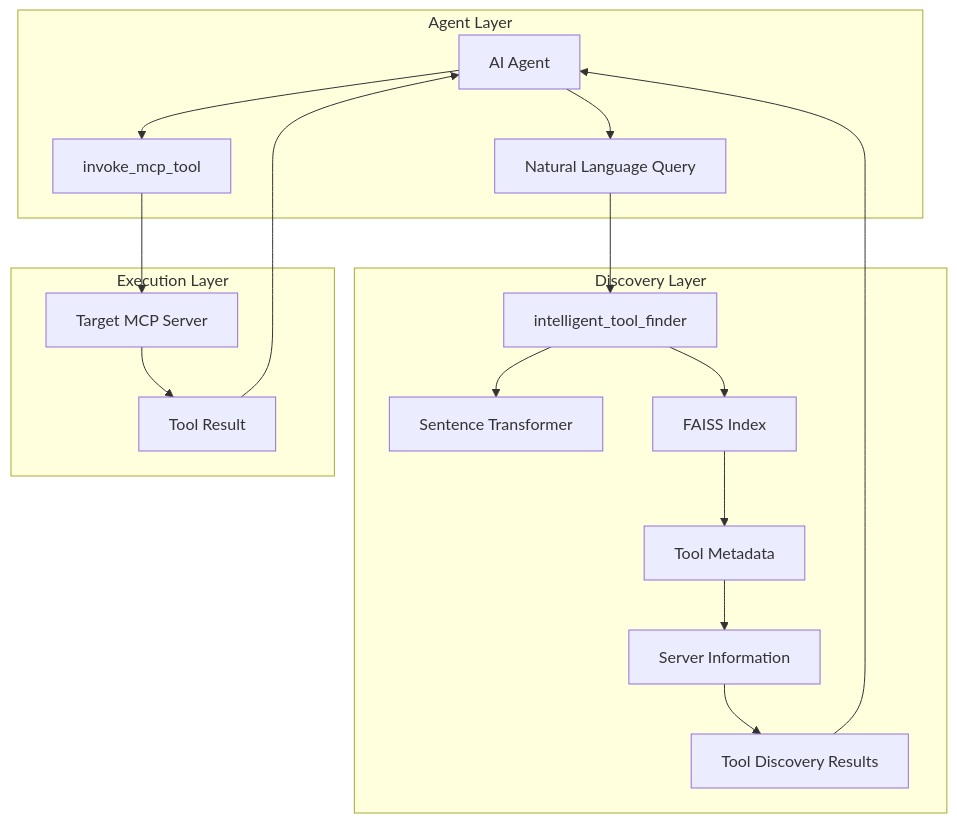
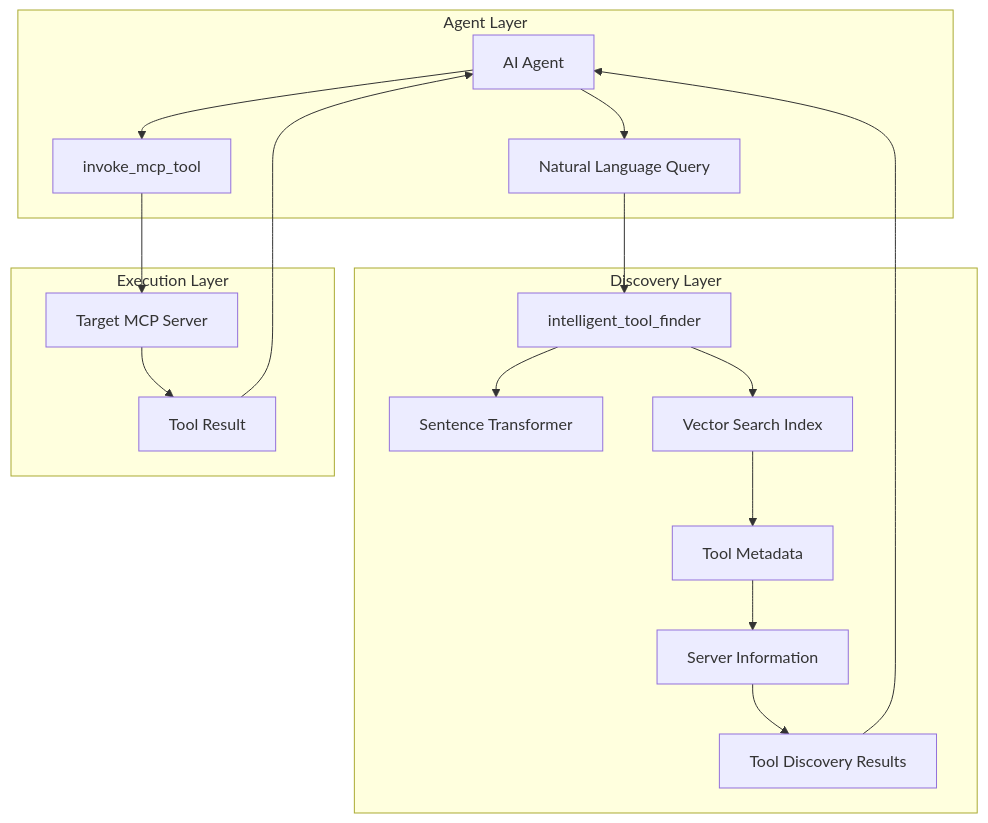
The diagram in docs/dynamic-tool-discovery.md (agentic-community/mcp-gateway-registry), drawn with Mermaid before and after one commit. The commit also changed other lines of this file and 108 other files, not shown here.

````diff
--- a/docs/dynamic-tool-discovery.md
+++ b/docs/dynamic-tool-discovery.md
@@ -112,23 +112,23 @@
 ```mermaid
 graph TB
     subgraph "Agent Layer"
         A[AI Agent] --> B[Natural Language Query]
         A --> H[invoke_mcp_tool]
     end
     
     subgraph "Discovery Layer"
         B --> C[intelligent_tool_finder]
         C --> D[Sentence Transformer]
-        C --> E[FAISS Index]
+        C --> E[Vector Search Index]
         E --> F[Tool Metadata]
         F --> G[Server Information]
         G --> K[Tool Discovery Results]
         K --> A
     end
     
     subgraph "Execution Layer"
         H --> I[Target MCP Server]
         I --> J[Tool Result]
         J --> A
     end
 ```
````
